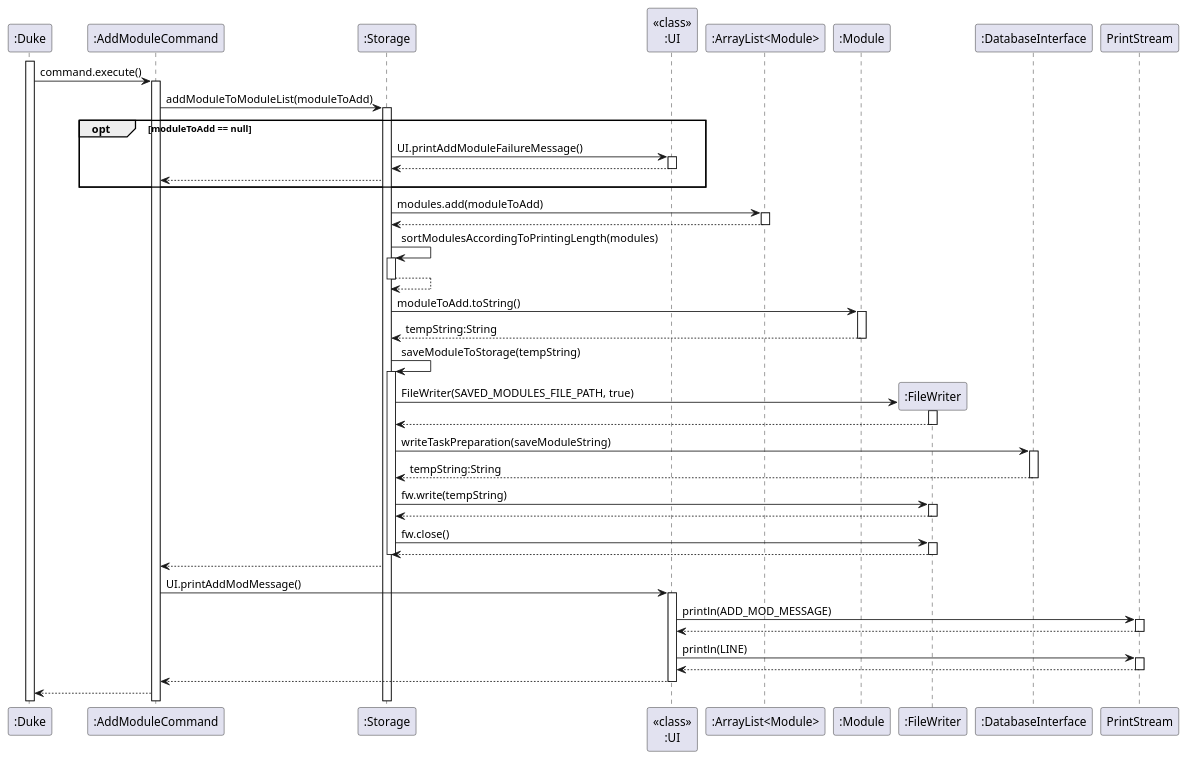
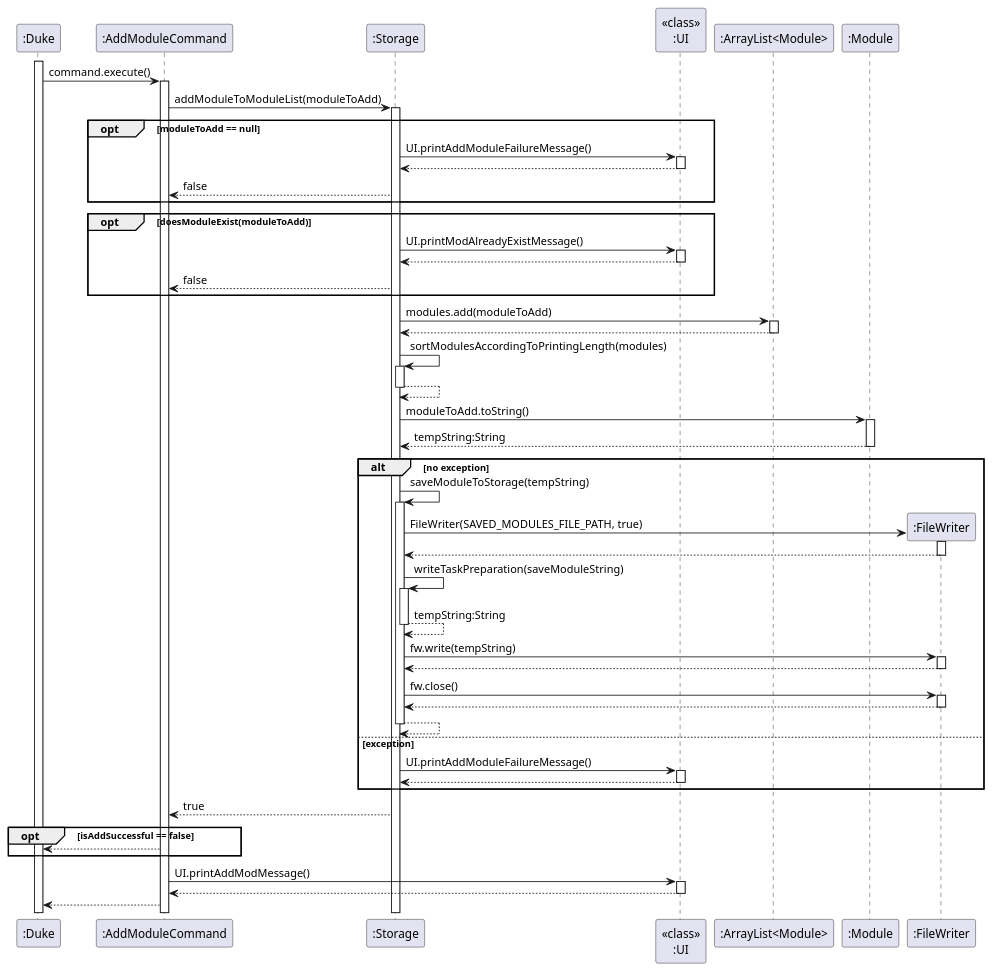
One commit to nus-cs2113-AY2223S2/tp changed the diagram in docs/diagrams/Storage/StorageAddModule.puml. Above: the diagram before and after it, drawn with PlantUML. The commit also changed 2 other files, not shown here.

Commit message:
Update DG For Add Module

```diff
--- a/docs/diagrams/Storage/StorageAddModule.puml
+++ b/docs/diagrams/Storage/StorageAddModule.puml
@@ -1,66 +1,78 @@
 @startuml
 'https://plantuml.com/sequence-diagram
 activate ":Duke"
 ":Duke" -> ":AddModuleCommand" : command.execute()
 activate ":AddModuleCommand"
 ":AddModuleCommand" -> ":Storage" : addModuleToModuleList(moduleToAdd)
 activate ":Storage"
 opt moduleToAdd == null
 ":Storage" -> "<<class>>\n:UI" : UI.printAddModuleFailureMessage()
 activate "<<class>>\n:UI"
 ":Storage" <-- "<<class>>\n:UI"
 deactivate "<<class>>\n:UI"
-":AddModuleCommand"<-- ":Storage"
+":AddModuleCommand"<-- ":Storage" : false
+end
+
+opt doesModuleExist(moduleToAdd)
+":Storage" -> "<<class>>\n:UI" : UI.printModAlreadyExistMessage()
+activate "<<class>>\n:UI"
+":Storage" <-- "<<class>>\n:UI"
+deactivate "<<class>>\n:UI"
+":AddModuleCommand"<-- ":Storage" : false
 end
 
 ":Storage" -> ":ArrayList<Module>" : modules.add(moduleToAdd)
 activate ":ArrayList<Module>"
 ":Storage" <-- ":ArrayList<Module>"
 deactivate ":ArrayList<Module>"
 
 ":Storage" -> ":Storage": sortModulesAccordingToPrintingLength(modules)
 activate ":Storage"
 ":Storage" --> ":Storage":
 deactivate ":Storage"
 
 ":Storage" -> ":Module" : moduleToAdd.toString()
 activate ":Module"
 ":Storage" <-- ":Module" : tempString:String
 deactivate ":Module"
+
+alt no exception
 ":Storage" -> ":Storage" : saveModuleToStorage(tempString)
 activate ":Storage"
 create ":FileWriter"
 ":Storage" -> ":FileWriter" : FileWriter(SAVED_MODULES_FILE_PATH, true)
 activate ":FileWriter"
 ":Storage" <-- ":FileWriter"
 deactivate ":FileWriter"
-":Storage" -> ":DatabaseInterface" : writeTaskPreparation(saveModuleString)
-activate ":DatabaseInterface"
-":Storage" <-- ":DatabaseInterface" : tempString:String
-deactivate ":DatabaseInterface"
+":Storage" -> ":Storage" : writeTaskPreparation(saveModuleString)
+activate ":Storage"
+":Storage" --> ":Storage" : tempString:String
+deactivate ":Storage"
 ":Storage" -> ":FileWriter" : fw.write(tempString)
 activate ":FileWriter"
 ":Storage" <-- ":FileWriter"
 deactivate ":FileWriter"
 ":Storage" -> ":FileWriter" : fw.close()
 activate ":FileWriter"
 ":Storage" <-- ":FileWriter"
 deactivate ":FileWriter"
+":Storage" --> ":Storage"
 deactivate ":Storage"
-":AddModuleCommand" <-- ":Storage"
+else exception
+":Storage" -> "<<class>>\n:UI" :  UI.printAddModuleFailureMessage()
+activate "<<class>>\n:UI"
+":Storage" <-- "<<class>>\n:UI"
+deactivate "<<class>>\n:UI"
+end
+":AddModuleCommand" <-- ":Storage" : true
+opt isAddSuccessful == false
+":AddModuleCommand" --> ":Duke"
+end
 ":AddModuleCommand" -> "<<class>>\n:UI" : UI.printAddModMessage()
 activate "<<class>>\n:UI"
-"<<class>>\n:UI" -> PrintStream :  println(ADD_MOD_MESSAGE)
-activate PrintStream
-"<<class>>\n:UI" <-- PrintStream
-deactivate PrintStream
-"<<class>>\n:UI" -> PrintStream :  println(LINE)
-activate PrintStream
-"<<class>>\n:UI" <-- PrintStream
-deactivate PrintStream
 ":AddModuleCommand" <-- "<<class>>\n:UI"
 deactivate "<<class>>\n:UI"
 ":Duke" <-- ":AddModuleCommand"
 
 
 @enduml
```
